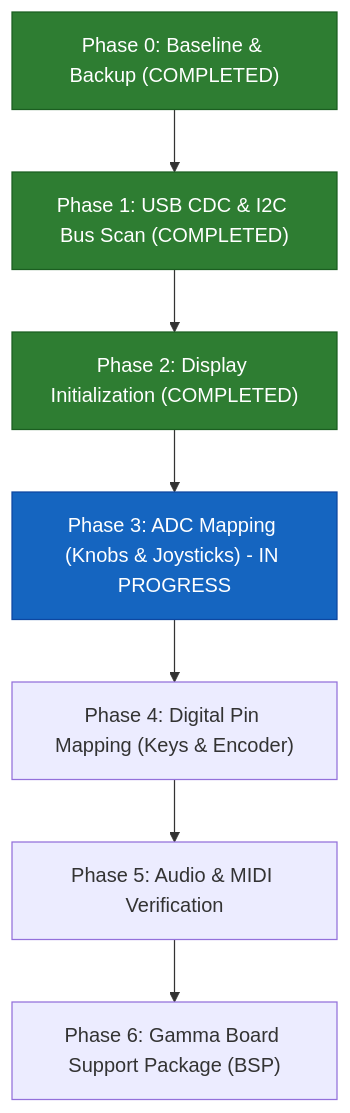
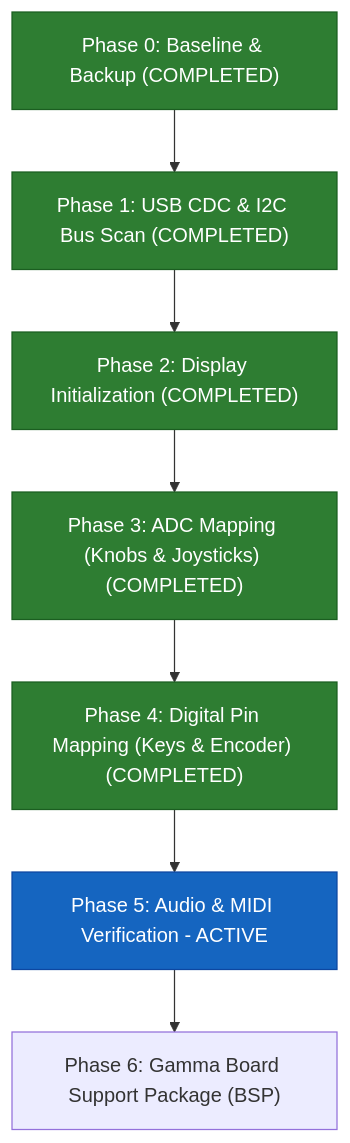
Before and after one commit to domesticmouse/reverse-engineering-gamma: the diagram in PLAN.md, drawn with Mermaid. The commit also changed other lines of this file and 4 other files, not shown here.

First line of the commit message:
Complete Phase 3 (ADC Mapping) & Phase 4 (Keys & Encoder)

````diff
--- a/PLAN.md
+++ b/PLAN.md
@@ -87,12 +87,12 @@
 ```mermaid
 flowchart TD
     P0["Phase 0: Baseline & Backup (COMPLETED)"]:::done --> P1["Phase 1: USB CDC & I2C Bus Scan (COMPLETED)"]:::done
     P1 --> P2["Phase 2: Display Initialization (COMPLETED)"]:::done
-    P2 --> P3["Phase 3: ADC Mapping (Knobs & Joysticks) - IN PROGRESS"]:::active
-    P3 --> P4["Phase 4: Digital Pin Mapping (Keys & Encoder)"]
-    P4 --> P5["Phase 5: Audio & MIDI Verification"]
+    P2 --> P3["Phase 3: ADC Mapping (Knobs & Joysticks) (COMPLETED)"]:::done
+    P3 --> P4["Phase 4: Digital Pin Mapping (Keys & Encoder) (COMPLETED)"]:::done
+    P4 --> P5["Phase 5: Audio & MIDI Verification - ACTIVE"]:::active
     P5 --> P6["Phase 6: Gamma Board Support Package (BSP)"]
 
     classDef done fill:#2e7d32,stroke:#1b5e20,color:#fff
     classDef active fill:#1565c0,stroke:#0d47a1,color:#fff
 ```
````
